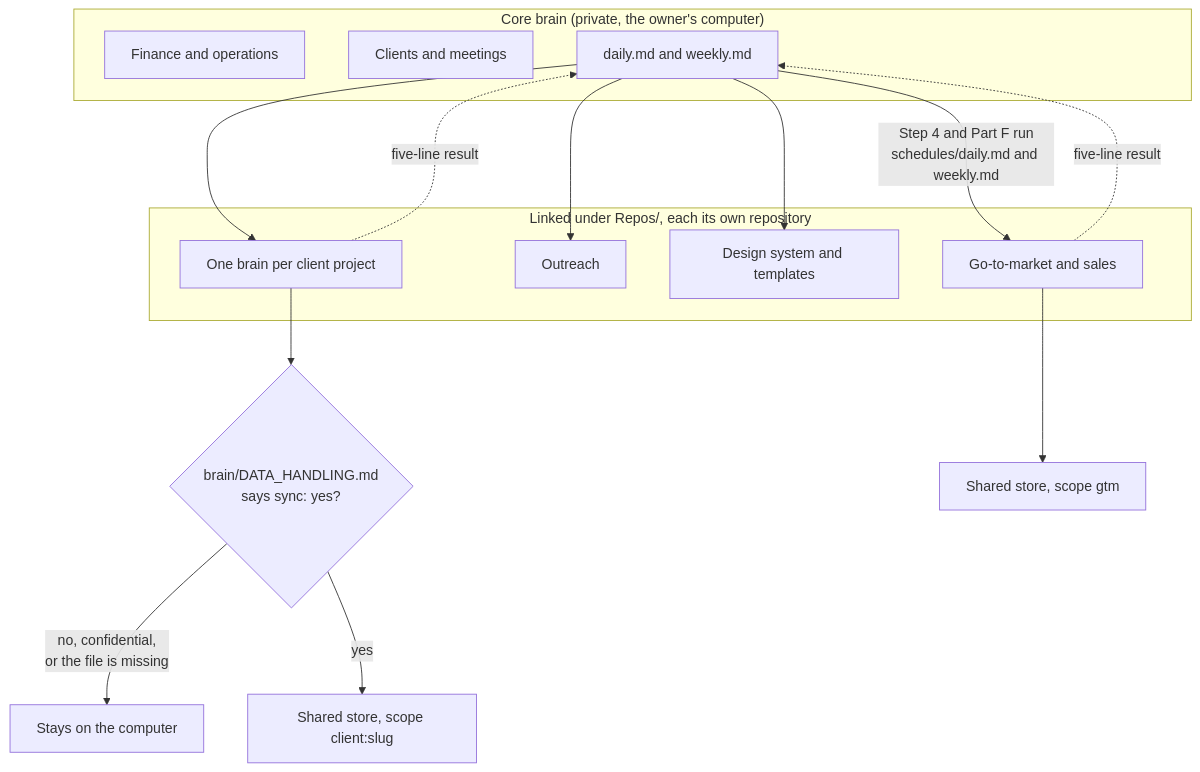
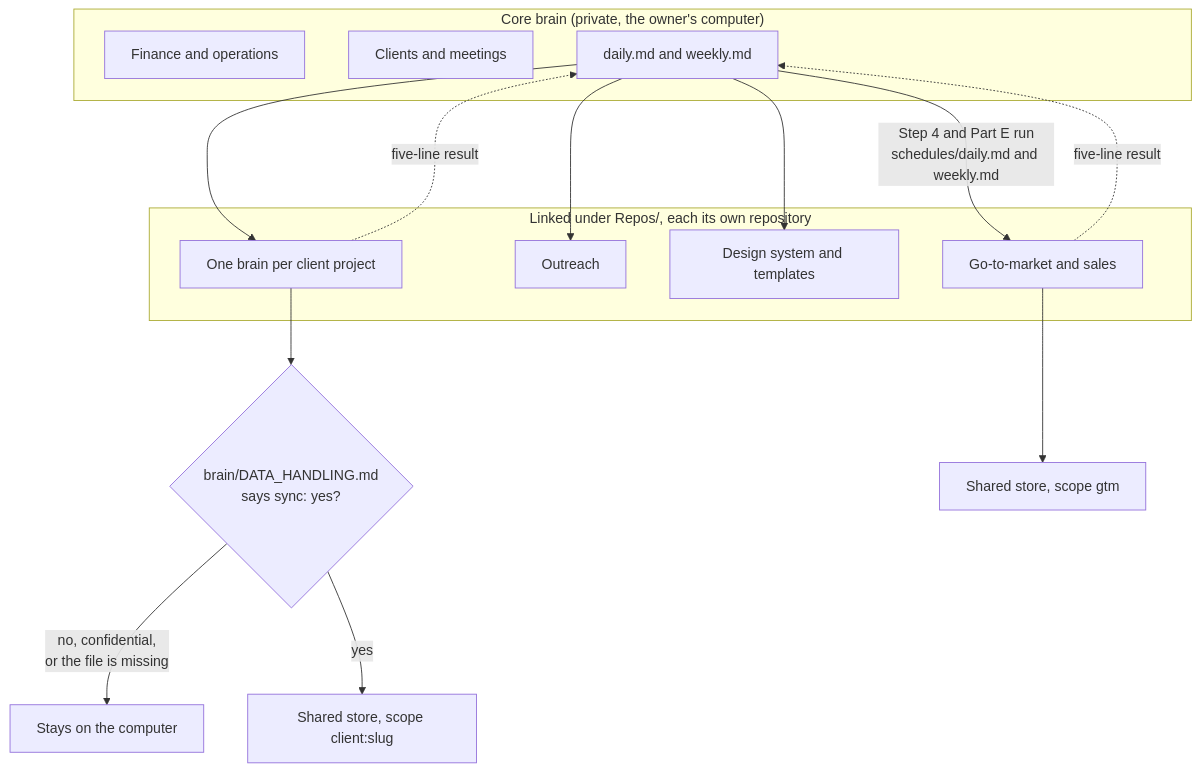
Before and after one commit to solutionplus-dev/company-brain: diagram 22 of 23 in docs/DIAGRAMS.md, drawn with Mermaid. The commit also changed other lines of this file and 22 other files, not shown here.

````diff
--- a/docs/DIAGRAMS.md
+++ b/docs/DIAGRAMS.md
@@ -681,28 +686,28 @@
 ```mermaid
 flowchart TD
   subgraph CORE["Core brain (private, the owner's computer)"]
     C1["Finance and operations"]
     C2["Clients and meetings"]
     C3["daily.md and weekly.md"]
   end
 
   subgraph LINKED["Linked under Repos/, each its own repository"]
     L1["Go-to-market and sales"]
     L2["Outreach"]
     L3["Design system and templates"]
     L4["One brain per client project"]
   end
 
-  C3 -- "Step 4 and Part F run<br/>schedules/daily.md and weekly.md" --> L1
+  C3 -- "Step 4 and Part E run<br/>schedules/daily.md and weekly.md" --> L1
   C3 --> L2
   C3 --> L3
   C3 --> L4
 
   L1 -. "five-line result" .-> C3
   L4 -. "five-line result" .-> C3
 
   L4 --> DH{"brain/DATA_HANDLING.md<br/>says sync: yes?"}
   DH -- "no, confidential,<br/>or the file is missing" --> LOC["Stays on the computer"]
   DH -- "yes" --> STORE["Shared store, scope client:slug"]
   L1 --> STORE2["Shared store, scope gtm"]
 ```
````
